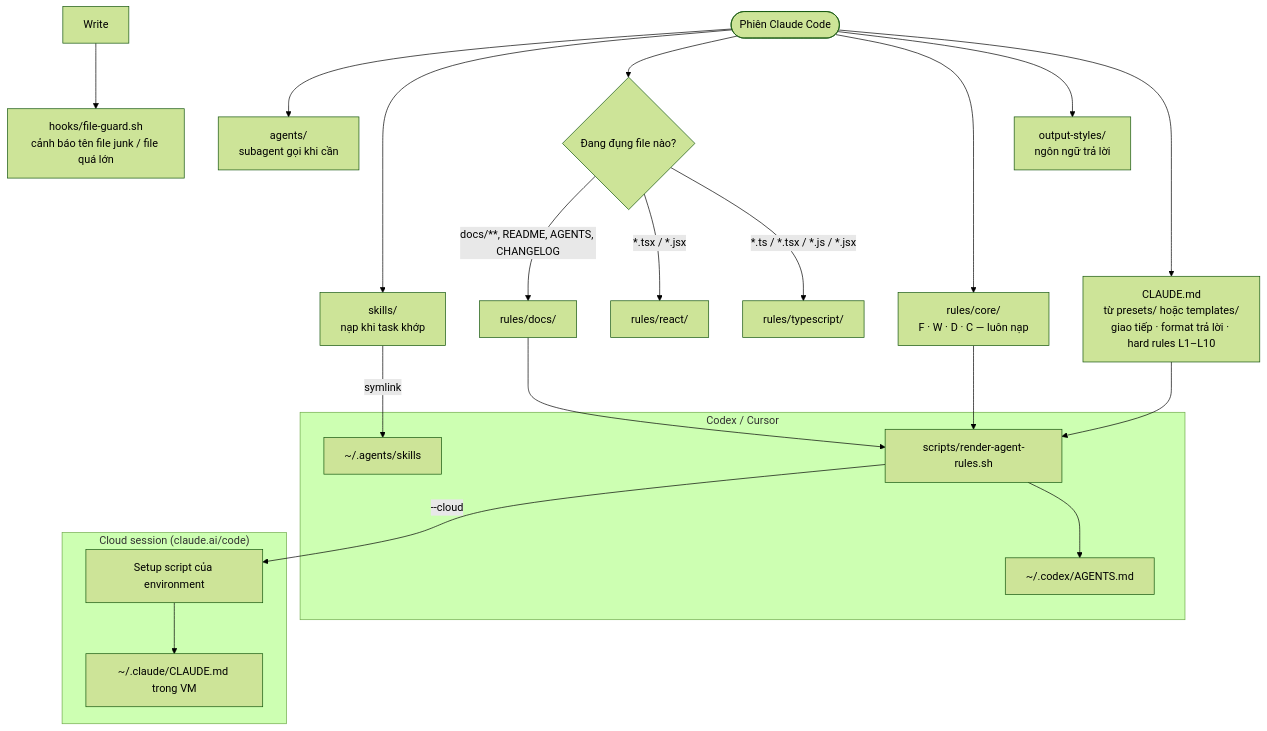
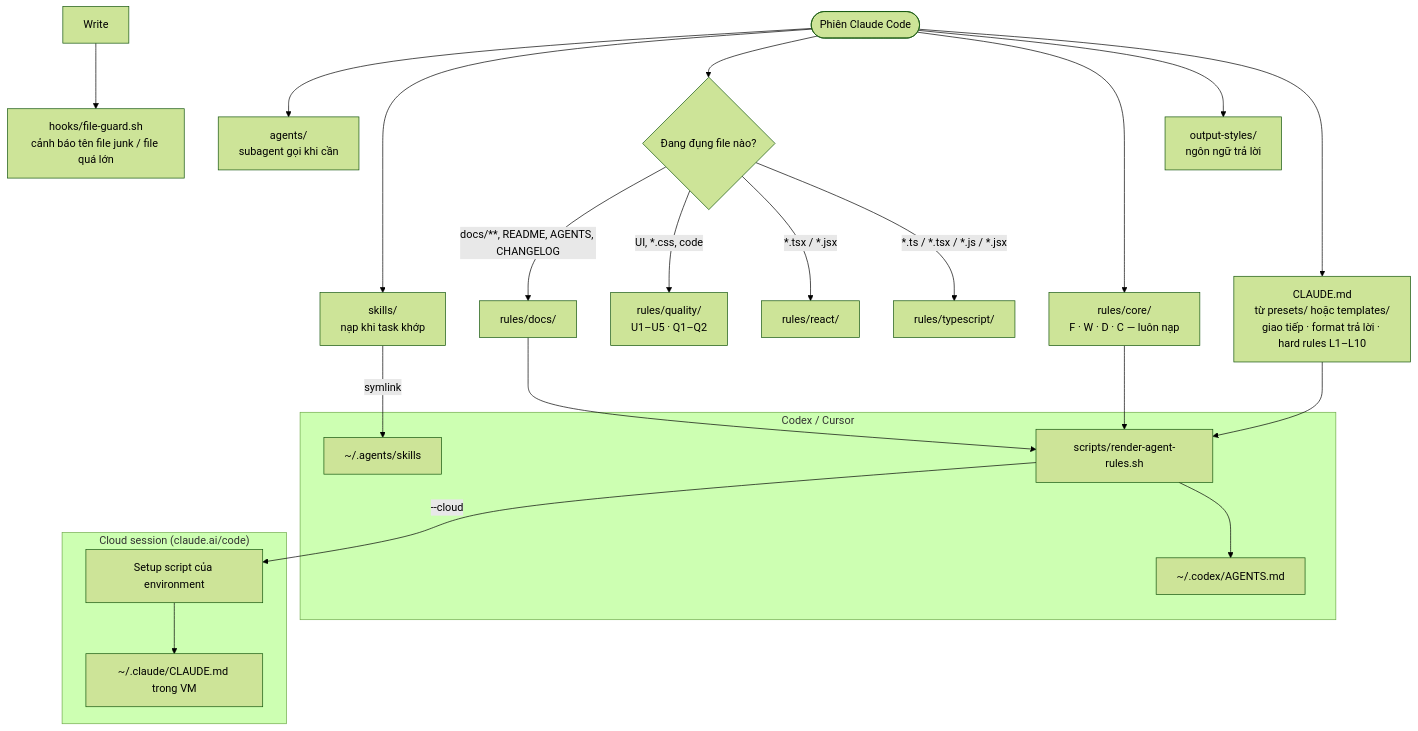
The first of 2 diagrams in README.md (mxrsv/agents-skills), drawn with Mermaid (forest theme) before and after one commit. The commit also changed other lines of this file and 30 other files, not shown here.

First line of the commit message:
feat(skills): add the quality-gates bundle and the U/Q quality rules

````diff
--- a/README.md
+++ b/README.md
@@ -7,23 +7,24 @@
 ```mermaid
 flowchart TD
     S([Phiên Claude Code]) --> A["CLAUDE.md<br/>từ presets/ hoặc templates/<br/>giao tiếp · format trả lời · hard rules L1–L10"]
     S --> O["output-styles/<br/>ngôn ngữ trả lời"]
     S --> C["rules/core/<br/>F · W · D · C — luôn nạp"]
     S --> T{"Đang đụng file nào?"}
     T -- "*.ts / *.tsx / *.js / *.jsx" --> TS["rules/typescript/"]
     T -- "*.tsx / *.jsx" --> R["rules/react/"]
+    T -- "UI, *.css, code" --> Q["rules/quality/<br/>U1–U5 · Q1–Q2"]
     T -- "docs/**, README, AGENTS, CHANGELOG" --> D["rules/docs/"]
     S --> K["skills/<br/>nạp khi task khớp"]
     S --> AG["agents/<br/>subagent gọi khi cần"]
     WR["Write"] --> H["hooks/file-guard.sh<br/>cảnh báo tên file junk / file quá lớn"]
     subgraph CX["Codex / Cursor"]
         G["scripts/render-agent-rules.sh"] --> X["~/.codex/AGENTS.md"]
         L["~/.agents/skills"]
     end
     subgraph CL["Cloud session (claude.ai/code)"]
         SS["Setup script của environment"] --> CM["~/.claude/CLAUDE.md trong VM"]
     end
     A & C & D --> G
     G -- "--cloud" --> SS
     K -- symlink --> L
 ```
````
